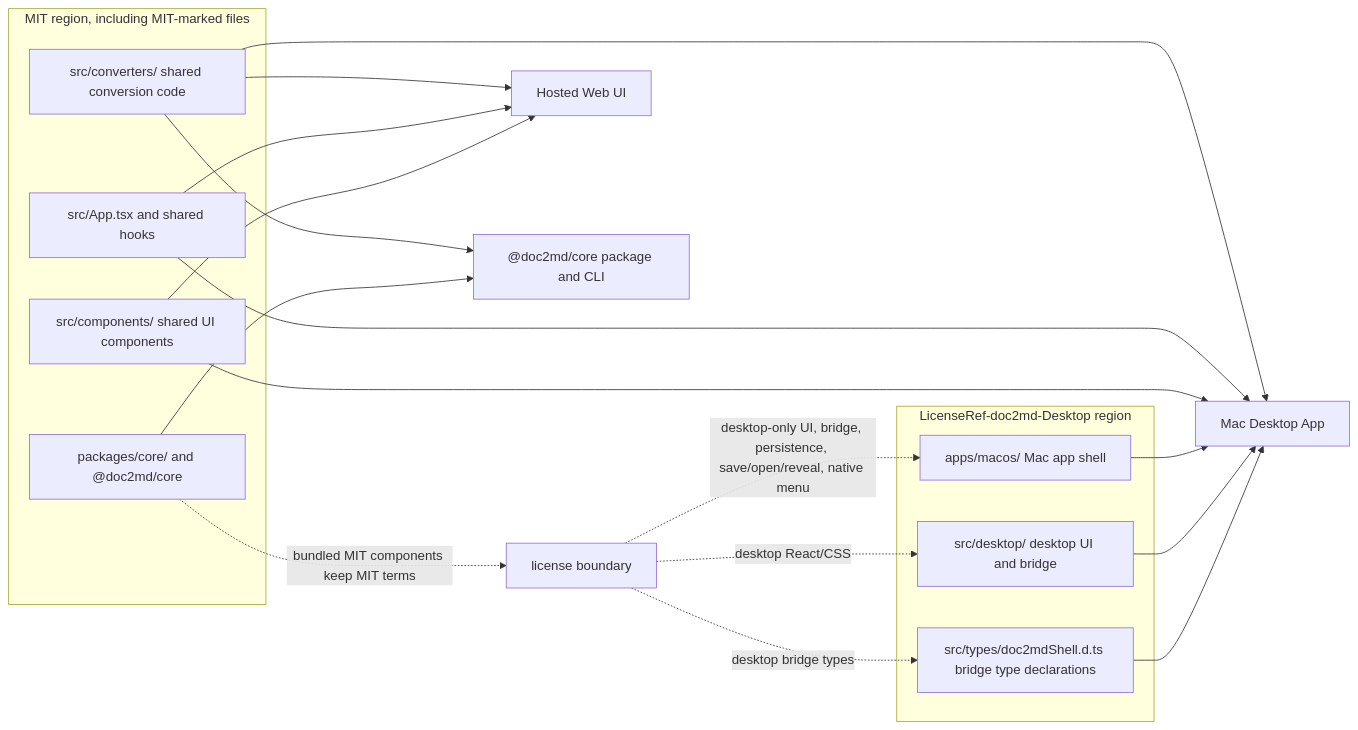
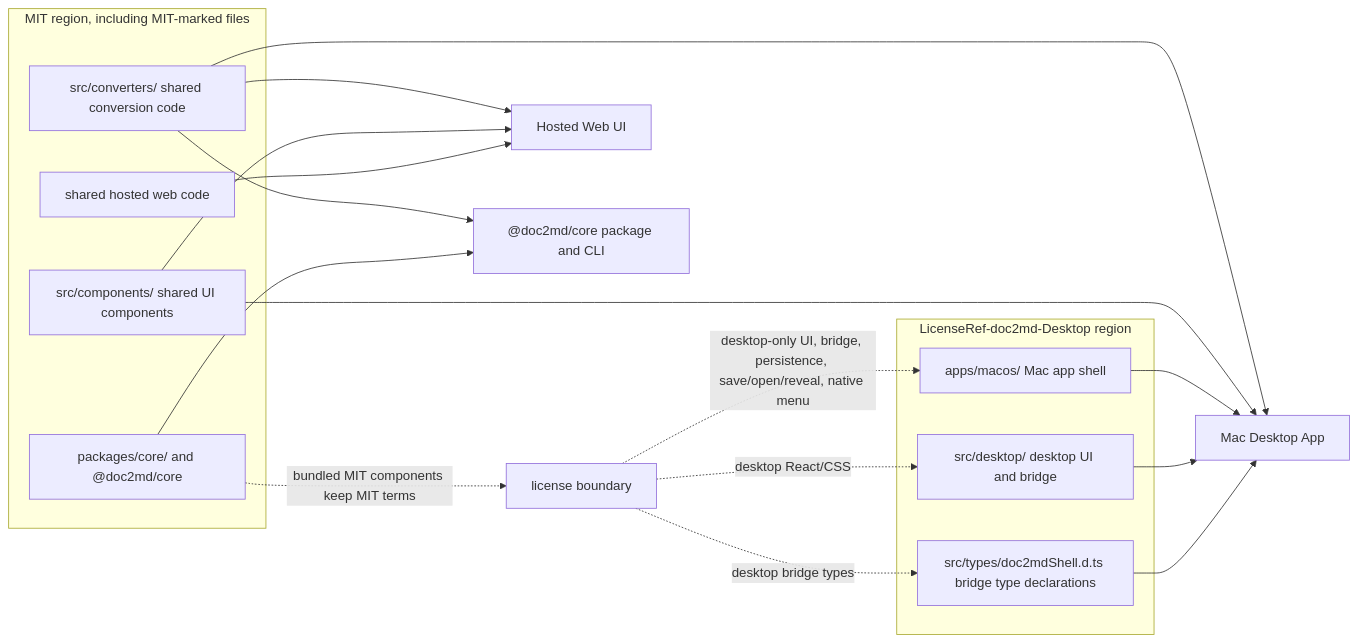
One commit to KjellKod/doc2md changed the diagram in docs/architecture.md. Above: the diagram before and after it, drawn with Mermaid. The commit also changed other lines of this file, not shown here.

First line of the commit message:
Simplify license boundary diagram

````diff
--- a/docs/architecture.md
+++ b/docs/architecture.md
@@ -30,37 +30,36 @@
 ```mermaid
 flowchart LR
   subgraph MIT["MIT region, including MIT-marked files"]
     converters["src/converters/ shared conversion code"]
+    components["src/components/ shared UI components"]
     core["packages/core/ and @doc2md/core"]
-    sharedSrc["src/App.tsx and shared hooks"]
-    components["src/components/ shared UI components"]
+    hostedCode["shared hosted web code"]
   end
 
   boundary["license boundary"]
 
   subgraph Desktop["LicenseRef-doc2md-Desktop region"]
     macos["apps/macos/ Mac app shell"]
     desktopReact["src/desktop/ desktop UI and bridge"]
     shellTypes["src/types/doc2mdShell.d.ts bridge type declarations"]
   end
 
   hosted["Hosted Web UI"]
   desktopApp["Mac Desktop App"]
   npmPackage["@doc2md/core package and CLI"]
 
   converters --> hosted
-  sharedSrc --> hosted
   components --> hosted
+  hostedCode --> hosted
   converters --> desktopApp
-  sharedSrc --> desktopApp
   components --> desktopApp
   converters --> npmPackage
   core --> npmPackage
   core -. "bundled MIT components keep MIT terms" .-> boundary
   boundary -. "desktop-only UI, bridge, persistence, save/open/reveal, native menu" .-> macos
   boundary -. "desktop React/CSS" .-> desktopReact
   boundary -. "desktop bridge types" .-> shellTypes
   macos --> desktopApp
   desktopReact --> desktopApp
   shellTypes --> desktopApp
 ```
````
